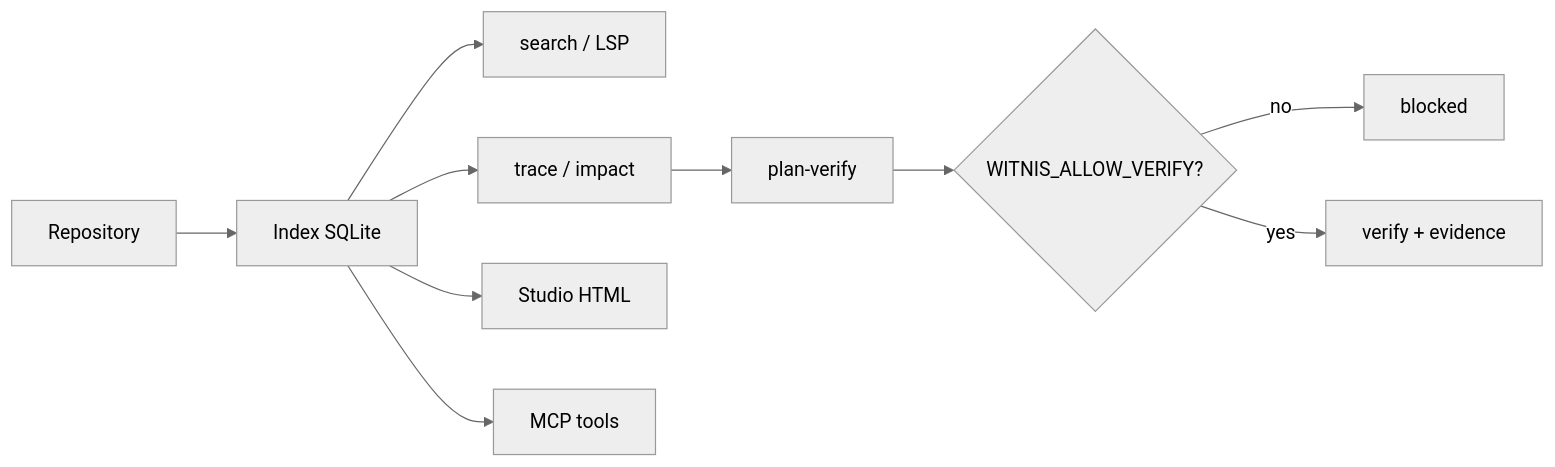
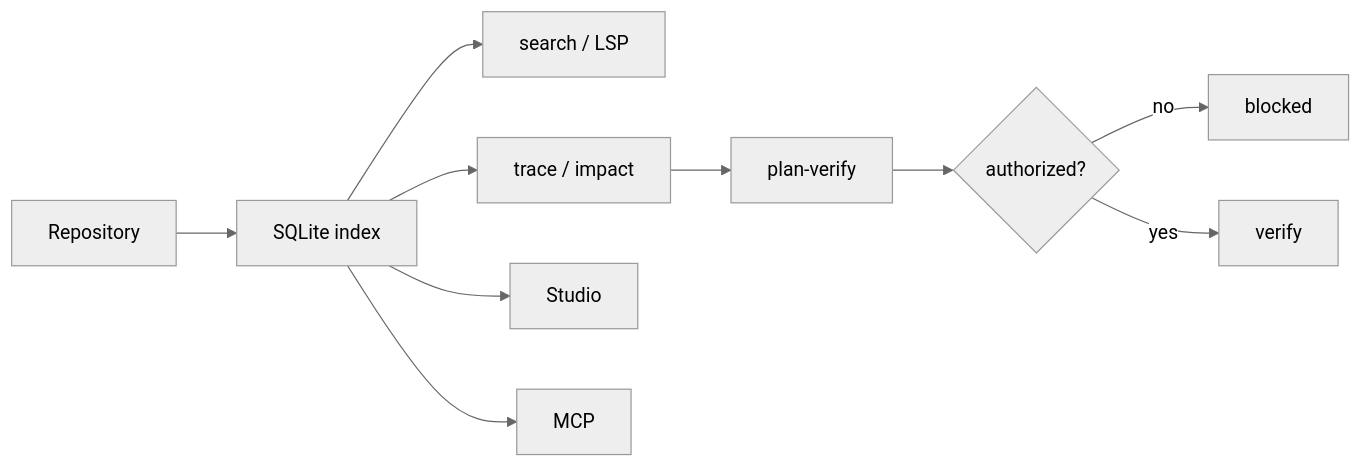
Before and after one commit to L00PLeGeNd/Witnis: the diagram in README.md, drawn with Mermaid (neutral theme). The commit also changed other lines of this file, not shown here.

````diff
--- a/README.md
+++ b/README.md
@@ -41,12 +38,12 @@
 ```mermaid
 flowchart LR
-  Repo[Repository] --> Index[Index SQLite]
+  Repo[Repository] --> Index[SQLite index]
   Index --> Search[search / LSP]
   Index --> Trace[trace / impact]
   Trace --> Plan[plan-verify]
-  Plan --> Gate{WITNIS_ALLOW_VERIFY?}
+  Plan --> Gate{authorized?}
   Gate -->|no| Blocked[blocked]
-  Gate -->|yes| Verify[verify + evidence]
-  Index --> Studio[Studio HTML]
-  Index --> MCP[MCP tools]
+  Gate -->|yes| Verify[verify]
+  Index --> Studio[Studio]
+  Index --> MCP[MCP]
 ```
````
